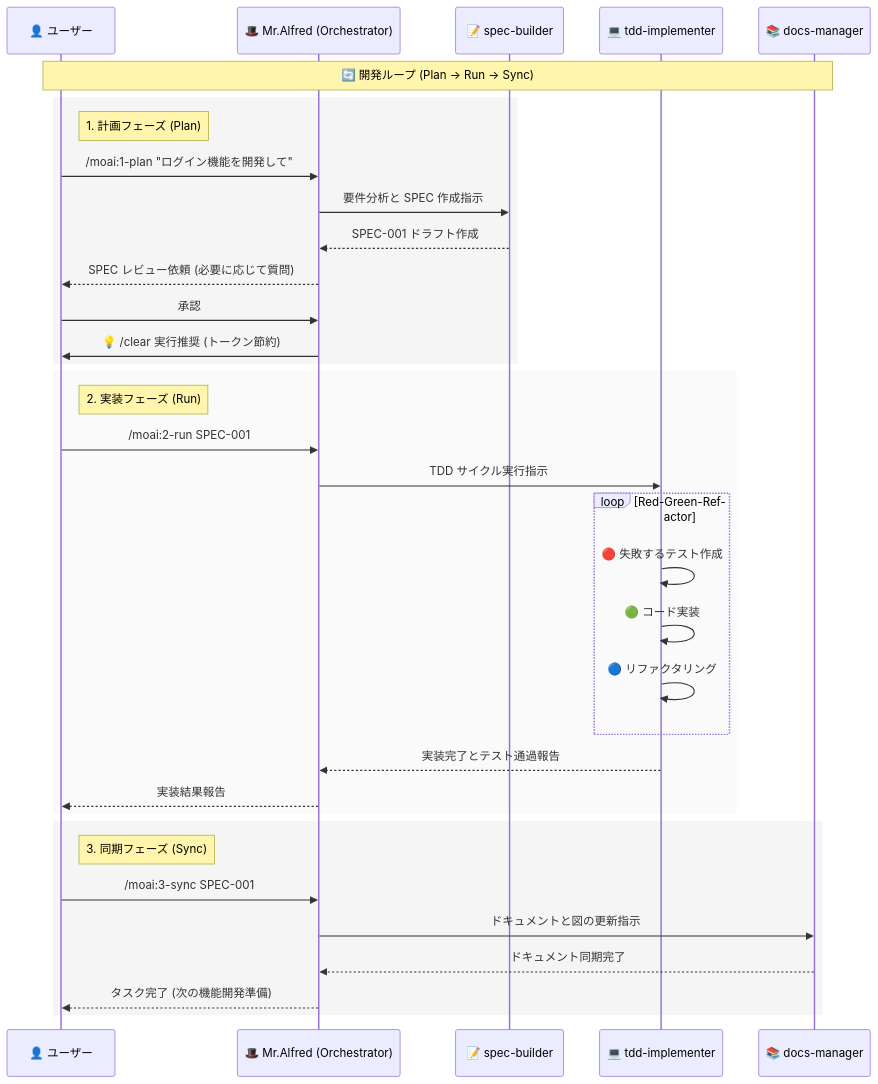
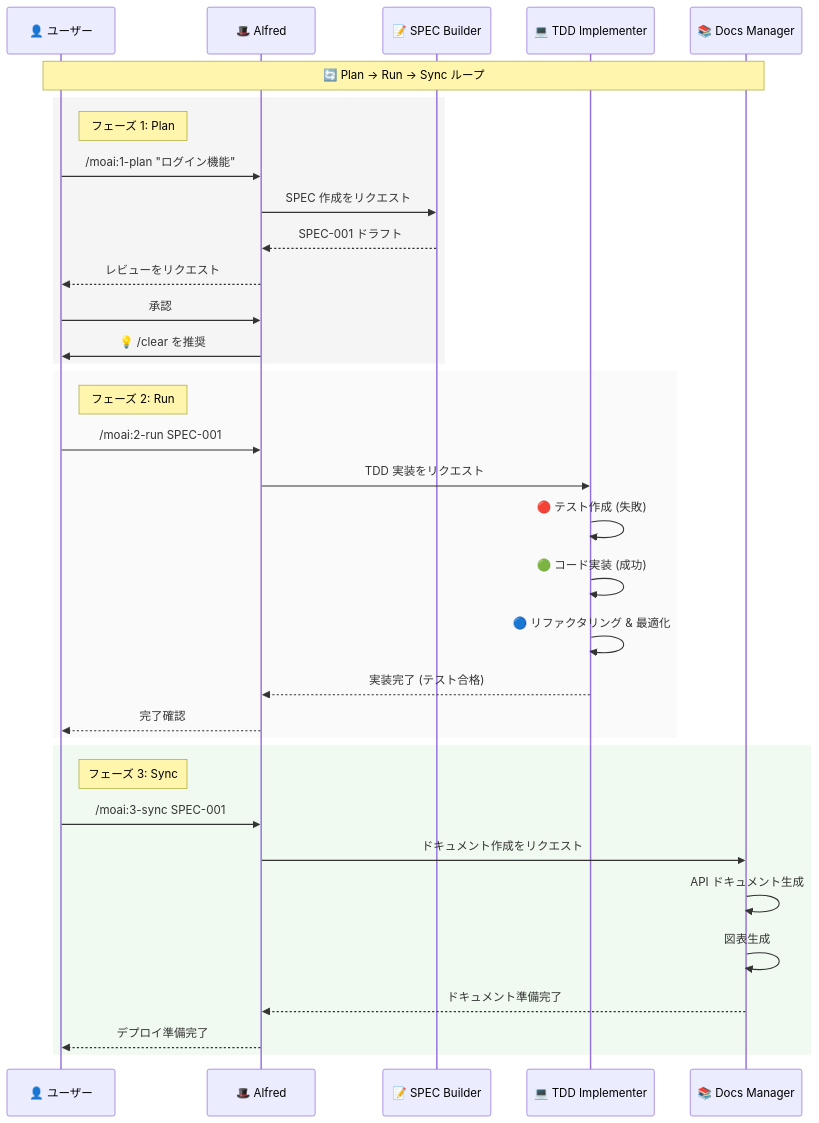
Before and after one commit to modu-ai/moai-adk: the second of 3 diagrams in README.ja.md, drawn with Mermaid. The commit also changed other lines of this file and 535 other files, not shown here.

First line of the commit message:
refactor(skills): Major architecture redesign - 39 → 22 modular skills

````diff
--- a/README.ja.md
+++ b/README.ja.md
@@ -162,41 +379,41 @@
 ```mermaid
 sequenceDiagram
-    participant User as 👤 ユーザー
-    participant Alfred as 🎩 Mr.Alfred (Orchestrator)
-    participant SpecAgent as 📝 spec-builder
-    participant TddAgent as 💻 tdd-implementer
-    participant DocsAgent as 📚 docs-manager
+    participant U as 👤 ユーザー
+    participant A as 🎩 Alfred
+    participant S as 📝 SPEC Builder
+    participant T as 💻 TDD Implementer
+    participant D as 📚 Docs Manager
 
-    Note over User, DocsAgent: 🔄 開発ループ (Plan -> Run -> Sync)
+    Note over U,D: 🔄 Plan → Run → Sync ループ
 
     rect rgb(245, 245, 245)
-        Note right of User: 1. 計画フェーズ (Plan)
-        User->>Alfred: /moai:1-plan "ログイン機能を開発して"
-        Alfred->>SpecAgent: 要件分析と SPEC 作成指示
-        SpecAgent-->>Alfred: SPEC-001 ドラフト作成
-        Alfred-->>User: SPEC レビュー依頼 (必要に応じて質問)
-        User->>Alfred: 承認
-        Alfred->>User: 💡 /clear 実行推奨 (トークン節約)
+        Note right of U: フェーズ 1: Plan
+        U->>A: /moai:1-plan "ログイン機能"
+        A->>S: SPEC 作成をリクエスト
+        S-->>A: SPEC-001 ドラフト
+        A-->>U: レビューをリクエスト
+        U->>A: 承認
+        A->>U: 💡 /clear を推奨
     end
 
     rect rgb(250, 250, 250)
-        Note right of User: 2. 実装フェーズ (Run)
-        User->>Alfred: /moai:2-run SPEC-001
-        Alfred->>TddAgent: TDD サイクル実行指示
-        loop Red-Green-Refactor
-            TddAgent->>TddAgent: 🔴 失敗するテスト作成
-            TddAgent->>TddAgent: 🟢 コード実装
-            TddAgent->>TddAgent: 🔵 リファクタリング
-        end
-        TddAgent-->>Alfred: 実装完了とテスト通過報告
-        Alfred-->>User: 実装結果報告
+        Note right of U: フェーズ 2: Run
+        U->>A: /moai:2-run SPEC-001
+        A->>T: TDD 実装をリクエスト
+        T->>T: 🔴 テスト作成 (失敗)
+        T->>T: 🟢 コード実装 (成功)
+        T->>T: 🔵 リファクタリング & 最適化
+        T-->>A: 実装完了 (テスト合格)
+        A-->>U: 完了確認
     end
 
-    rect rgb(245, 245, 245)
-        Note right of User: 3. 同期フェーズ (Sync)
-        User->>Alfred: /moai:3-sync SPEC-001
-        Alfred->>DocsAgent: ドキュメントと図の更新指示
-        DocsAgent-->>Alfred: ドキュメント同期完了
-        Alfred-->>User: タスク完了 (次の機能開発準備)
+    rect rgb(240, 250, 240)
+        Note right of U: フェーズ 3: Sync
+        U->>A: /moai:3-sync SPEC-001
+        A->>D: ドキュメント作成をリクエスト
+        D->>D: API ドキュメント生成
+        D->>D: 図表生成
+        D-->>A: ドキュメント準備完了
+        A-->>U: デプロイ準備完了
     end
 ```
````
